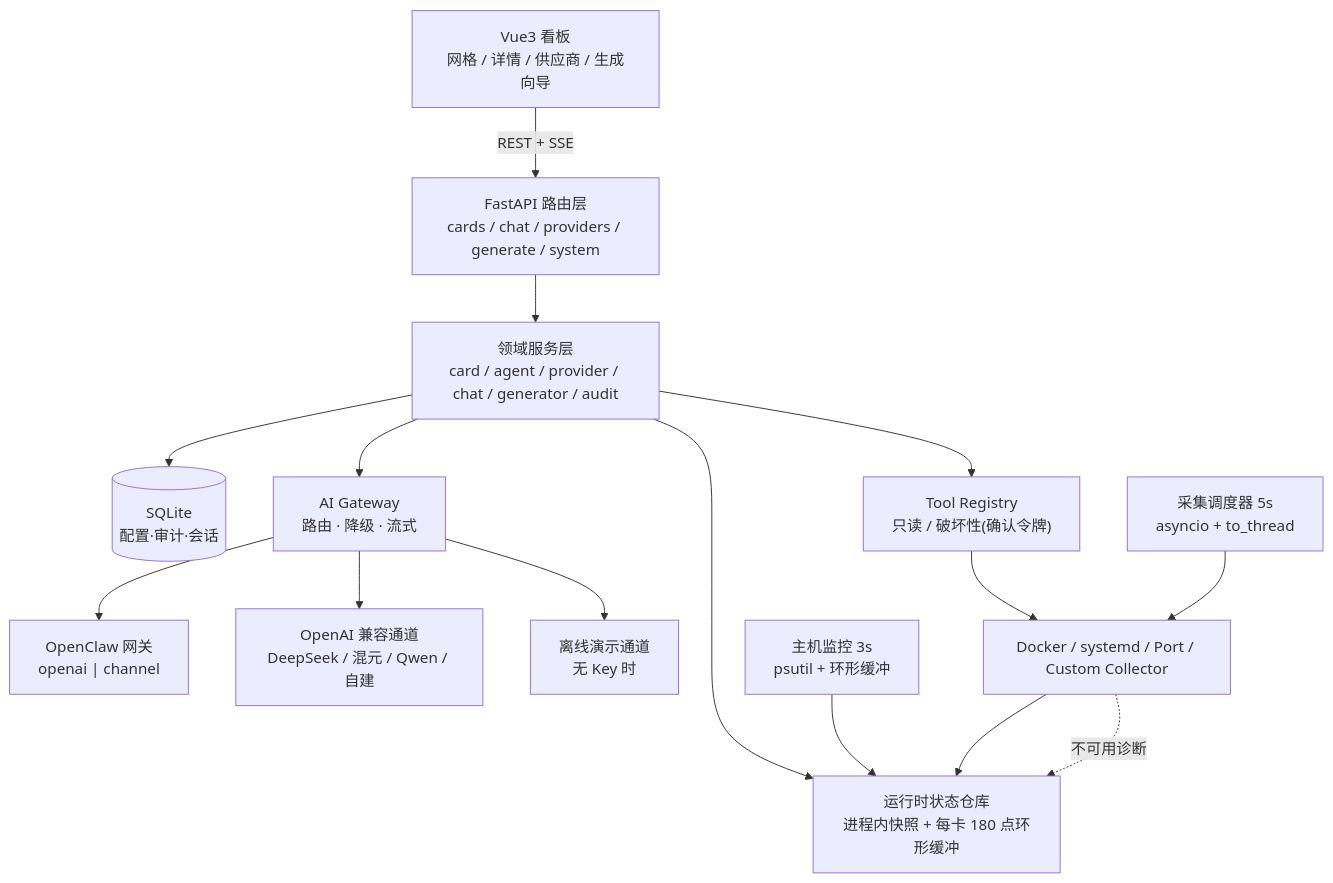
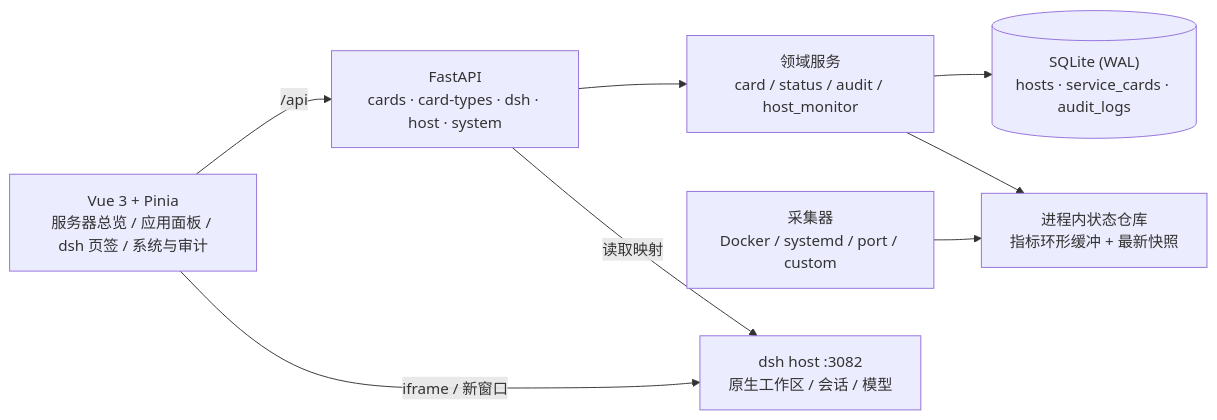
The first of 2 diagrams in docs/architecture.md (yydgod/yongjiepanel), drawn with Mermaid before and after one commit. The commit also changed other lines of this file and 93 other files, not shown here.

First line of the commit message:
feat: 移除内置模型/Agent，卡片接入 dsh 原生工作区

````diff
--- a/docs/architecture.md
+++ b/docs/architecture.md
@@ -21,17 +15,18 @@
 ```mermaid
-graph TD
-  UI["Vue3 看板<br/>网格 / 详情 / 供应商 / 生成向导"] -->|REST + SSE| API["FastAPI 路由层<br/>cards / chat / providers / generate / system"]
-  API --> SVC["领域服务层<br/>card / agent / provider / chat / generator / audit"]
-  SVC --> DB[("SQLite<br/>配置·审计·会话")]
-  SVC --> STORE["运行时状态仓库<br/>进程内快照 + 每卡 180 点环形缓冲"]
-  SVC --> GW["AI Gateway<br/>路由 · 降级 · 流式"]
-  GW --> OC["OpenClaw 网关<br/>openai | channel"]
-  GW --> OAI["OpenAI 兼容通道<br/>DeepSeek / 混元 / Qwen / 自建"]
-  GW --> MOCK["离线演示通道<br/>无 Key 时"]
-  SVC --> TOOLS["Tool Registry<br/>只读 / 破坏性(确认令牌)"]
-  TOOLS --> COLL
-  LOOP["采集调度器 5s<br/>asyncio + to_thread"] --> COLL["Docker / systemd / Port / Custom Collector"]
-  HOST["主机监控 3s<br/>psutil + 环形缓冲"] --> STORE
-  COLL --> STORE
-  COLL -.->|不可用诊断| STORE
+flowchart LR
+  B["Vue 3 + Pinia<br/>服务器总览 / 应用面板 / dsh 页签 / 系统与审计"]
+  API["FastAPI<br/>cards · card-types · dsh · host · system"]
+  SVC["领域服务<br/>card / status / audit / host_monitor"]
+  COL["采集器<br/>Docker / systemd / port / custom"]
+  DB[("SQLite (WAL)<br/>hosts · service_cards · audit_logs")]
+  STORE["进程内状态仓库<br/>指标环形缓冲 + 最新快照"]
+  DSH["dsh host :3082<br/>原生工作区 / 会话 / 模型"]
+
+  B -->|/api| API
+  API --> SVC
+  SVC --> DB
+  SVC --> STORE
+  COL --> STORE
+  B -->|iframe / 新窗口| DSH
+  API -->|读取映射| DSH
 ```
````
